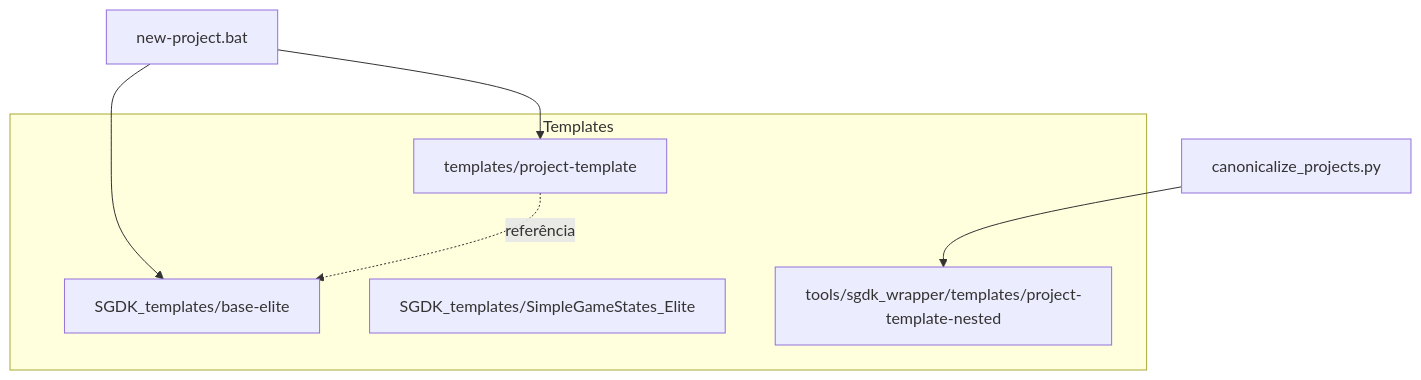
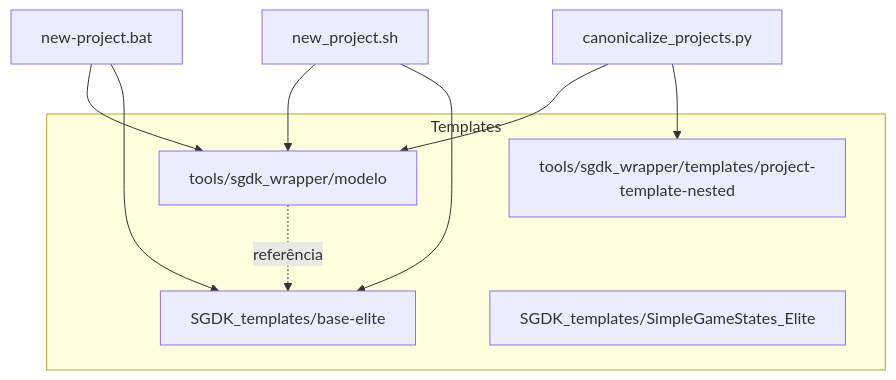
One commit to Misael-art/SGDK-Forge changed the diagram in doc/HIERARQUIA_TEMPLATES.md. Above: the diagram before and after it, drawn with Mermaid. The commit also changed other lines of this file and 147 other files, not shown here.

````diff
--- a/doc/HIERARQUIA_TEMPLATES.md
+++ b/doc/HIERARQUIA_TEMPLATES.md
@@ -7,13 +7,16 @@
 ```mermaid
 flowchart TB
     subgraph templates [Templates]
-        A[templates/project-template]
+        A[tools/sgdk_wrapper/modelo]
         B[SGDK_templates/base-elite]
         C[SGDK_templates/SimpleGameStates_Elite]
         D[tools/sgdk_wrapper/templates/project-template-nested]
     end
     new_project[new-project.bat] --> A
     new_project --> B
-    canonicalize[canonicalize_projects.py] --> D
+    new_project_sh[new_project.sh] --> A
+    new_project_sh --> B
+    canonicalize[canonicalize_projects.py] --> A
+    canonicalize --> D
     A -.->|"referência"| B
 ```
````
